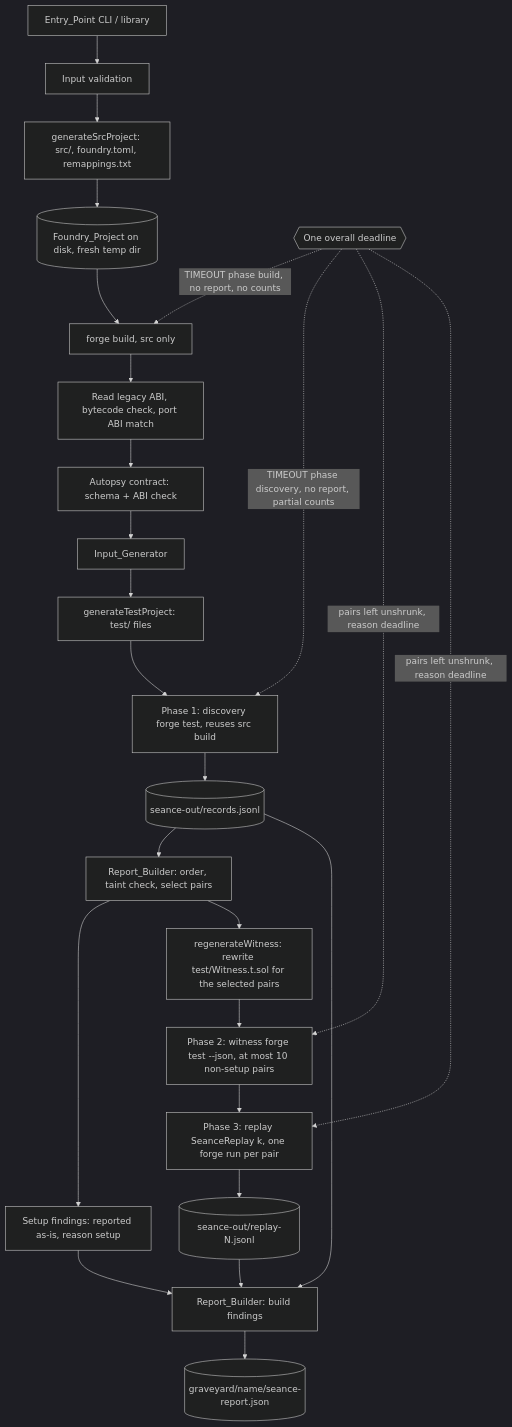
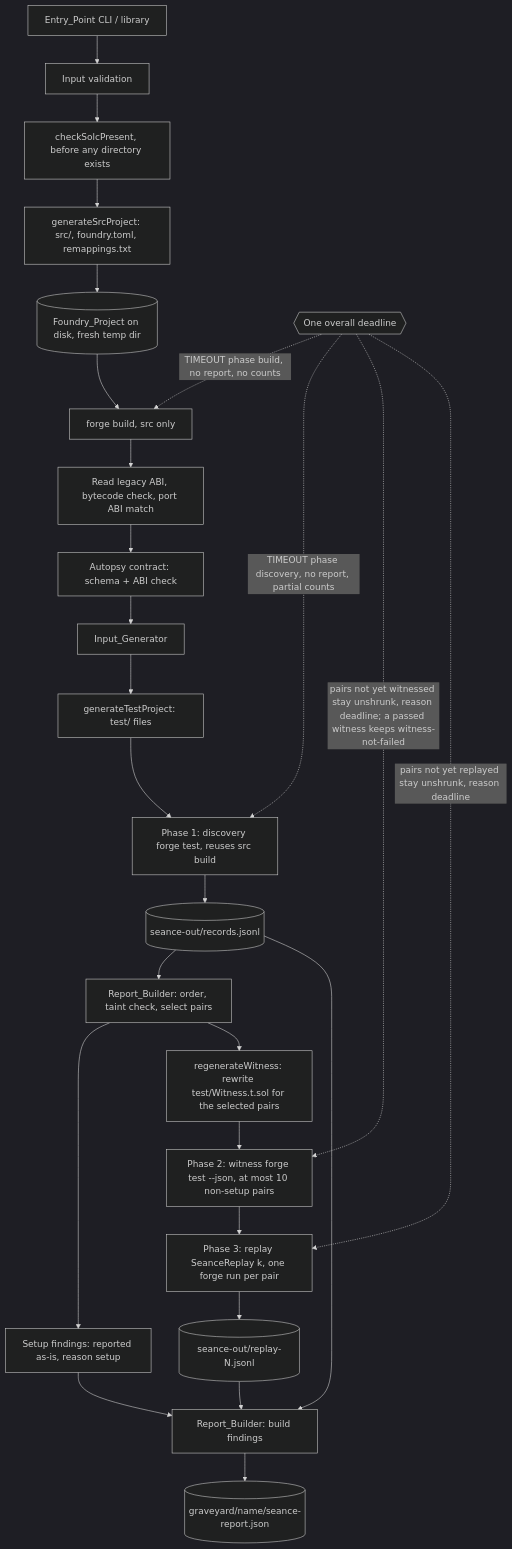
The first of 2 diagrams in .kiro/specs/seance-engine/design.md (CharlesChinedum/exhume), drawn with Mermaid (dark theme) before and after one commit. The commit also changed other lines of this file and 47 other files, not shown here.

````diff
--- a/.kiro/specs/seance-engine/design.md
+++ b/.kiro/specs/seance-engine/design.md
@@ -62,27 +62,29 @@
 ```mermaid
 flowchart TD
     CLI[Entry_Point CLI / library] --> V[Input validation]
-    V --> SG[generateSrcProject: src/, foundry.toml, remappings.txt]
+    SG[generateSrcProject: src/, foundry.toml, remappings.txt]
     SG --> FP[(Foundry_Project on disk, fresh temp dir)]
     FP --> BC[forge build, src only]
+    SC[checkSolcPresent, before any directory exists] --> SG
+    V --> SC
     BC --> ABI[Read legacy ABI, bytecode check, port ABI match]
     ABI --> AC[Autopsy contract: schema + ABI check]
     AC --> IG[Input_Generator]
     IG --> TG[generateTestProject: test/ files]
     TG --> D1[Phase 1: discovery forge test, reuses src build]
     D1 --> REC[(seance-out/records.jsonl)]
     REC --> SEL[Report_Builder: order, taint check, select pairs]
     SEL --> SU[Setup findings: reported as-is, reason setup]
     SU --> RB
     SEL --> RW[regenerateWitness: rewrite test/Witness.t.sol for the selected pairs]
     RW --> W[Phase 2: witness forge test --json, at most 10 non-setup pairs]
     W --> RP[Phase 3: replay SeanceReplay k, one forge run per pair]
     RP --> RREC[(seance-out/replay-N.jsonl)]
     RREC --> RB[Report_Builder: build findings]
     REC --> RB
     RB --> OUT[(graveyard/name/seance-report.json)]
     DL{{One overall deadline}} -.->|TIMEOUT phase build, no report, no counts| BC
     DL -.->|TIMEOUT phase discovery, no report, partial counts| D1
-    DL -.->|pairs left unshrunk, reason deadline| W
-    DL -.->|pairs left unshrunk, reason deadline| RP
+    DL -.->|pairs not yet witnessed stay unshrunk, reason deadline; a passed witness keeps witness-not-failed| W
+    DL -.->|pairs not yet replayed stay unshrunk, reason deadline| RP
 ```
````
